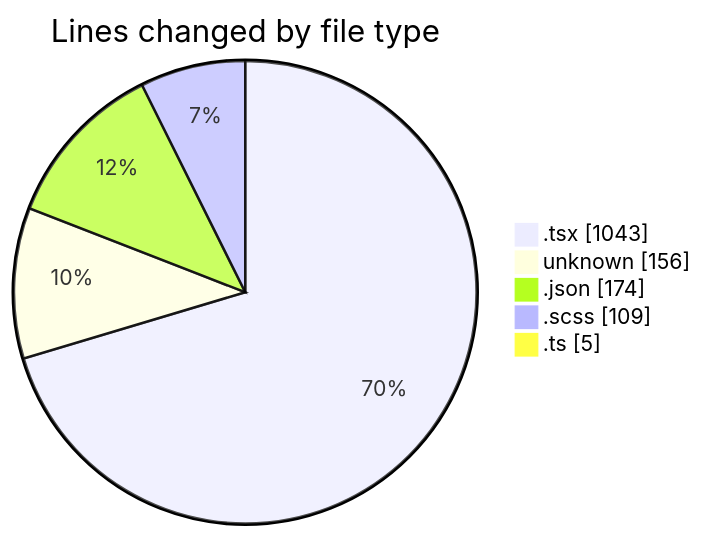
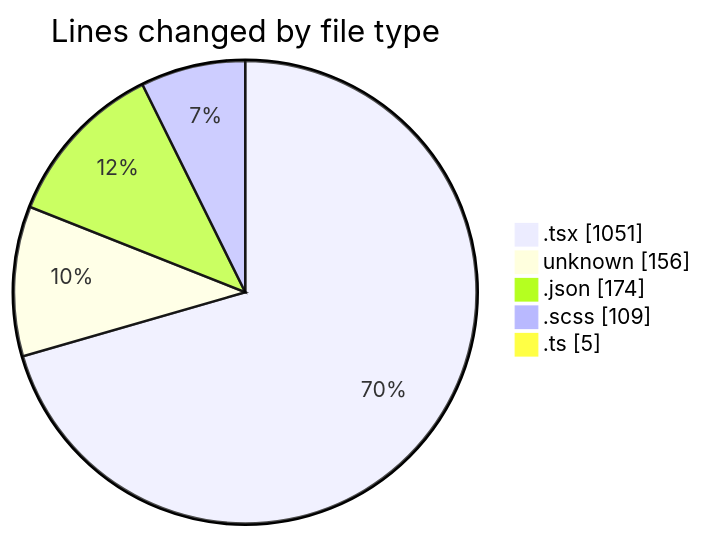
One commit to momahboobian/code-tracking changed the first of 2 diagrams in 2026-09-28/cda/README.md. Above: the diagram before and after it, drawn with Mermaid. The commit also changed other lines of this file and 1 other file, not shown here.

````diff
--- a/2026-09-28/cda/README.md
+++ b/2026-09-28/cda/README.md
@@ -28,9 +29,9 @@
 ```mermaid
 pie showData
 title Lines changed by file type
-".tsx" : 1043
+".tsx" : 1051
 "unknown" : 156
 ".json" : 174
 ".scss" : 109
 ".ts" : 5
 ```
````
